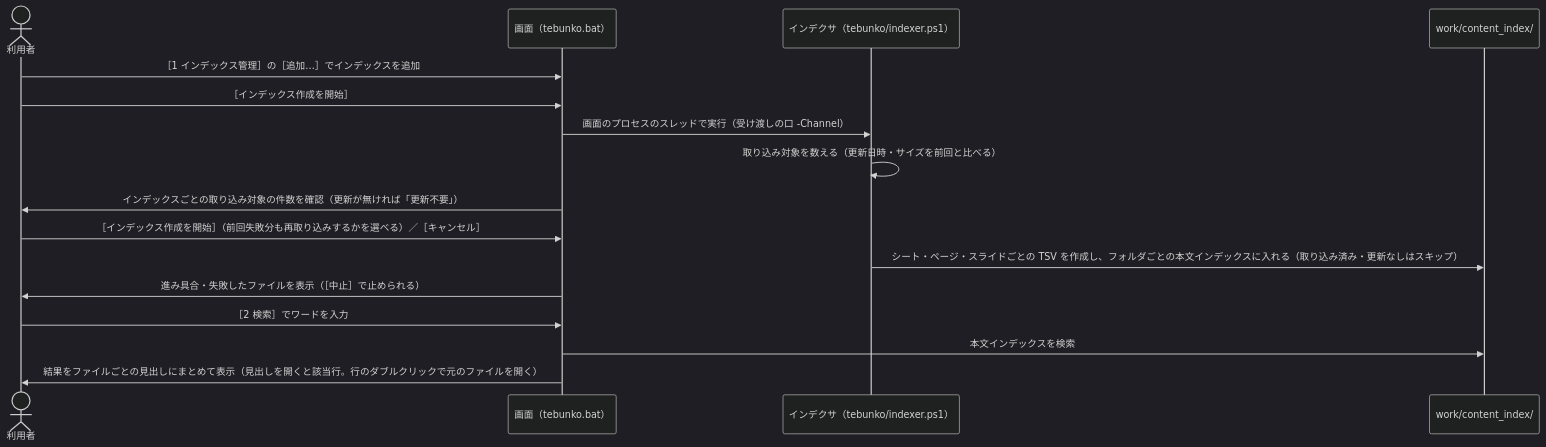
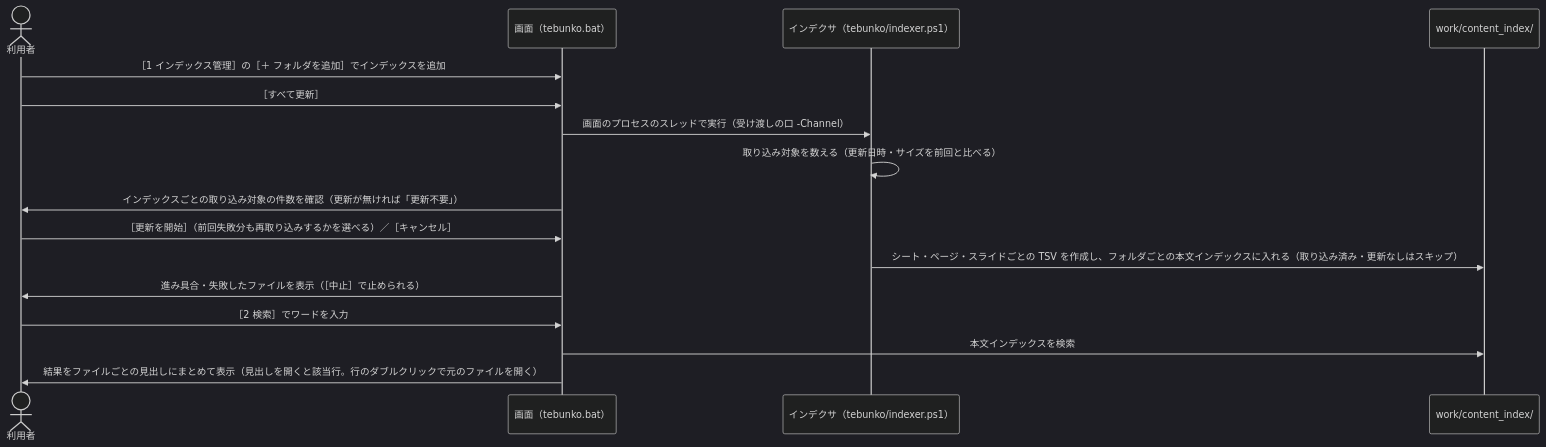
The second of 2 diagrams in docs/design/start/onboarding.md (hsgwa/tebunko), drawn with Mermaid (dark theme) before and after one commit. The commit also changed 36 other files, not shown here.

````diff
--- a/docs/design/start/onboarding.md
+++ b/docs/design/start/onboarding.md
@@ -32,19 +32,19 @@
 ```mermaid
 sequenceDiagram
     actor U as 利用者
     participant G as 画面（tebunko.bat）
     participant CV as インデクサ（tebunko/indexer.ps1）
     participant W as work/content_index/
 
-    U->>G: ［1 インデックス管理］の［追加…］でインデックスを追加
-    U->>G: ［インデックス作成を開始］
+    U->>G: ［1 インデックス管理］の［＋ フォルダを追加］でインデックスを追加
+    U->>G: ［すべて更新］
     G->>CV: 画面のプロセスのスレッドで実行（受け渡しの口 -Channel）
     CV->>CV: 取り込み対象を数える（更新日時・サイズを前回と比べる）
     G->>U: インデックスごとの取り込み対象の件数を確認（更新が無ければ「更新不要」）
-    U->>G: ［インデックス作成を開始］（前回失敗分も再取り込みするかを選べる）／［キャンセル］
+    U->>G: ［更新を開始］（前回失敗分も再取り込みするかを選べる）／［キャンセル］
     CV->>W: シート・ページ・スライドごとの TSV を作成し、フォルダごとの本文インデックスに入れる（取り込み済み・更新なしはスキップ）
     G->>U: 進み具合・失敗したファイルを表示（［中止］で止められる）
     U->>G: ［2 検索］でワードを入力
     G->>W: 本文インデックスを検索
     G->>U: 結果をファイルごとの見出しにまとめて表示（見出しを開くと該当行。行のダブルクリックで元のファイルを開く）
 ```
````
